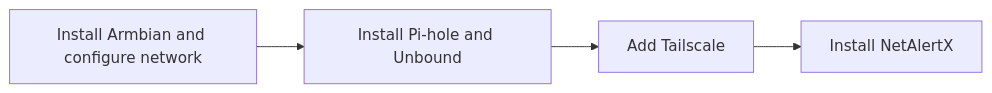
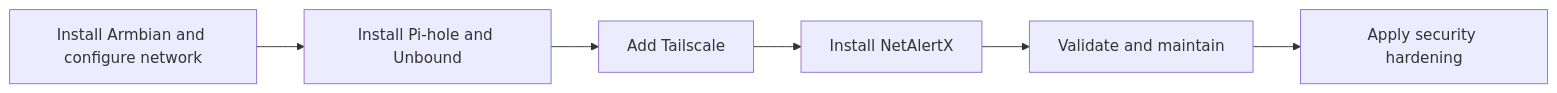
The second of 2 diagrams in README.md (CocoHusky/bobcat300-dns), drawn with Mermaid before and after one commit. The commit also changed other lines of this file and 8 other files, not shown here.

````diff
--- a/README.md
+++ b/README.md
@@ -73,6 +75,8 @@
 ```mermaid
 flowchart LR
     flash[Install Armbian and configure network] --> dns[Install Pi-hole and Unbound]
     dns --> ts[Add Tailscale]
     ts --> monitor[Install NetAlertX]
+    monitor --> validate[Validate and maintain]
+    validate --> harden[Apply security hardening]
 ```
````
